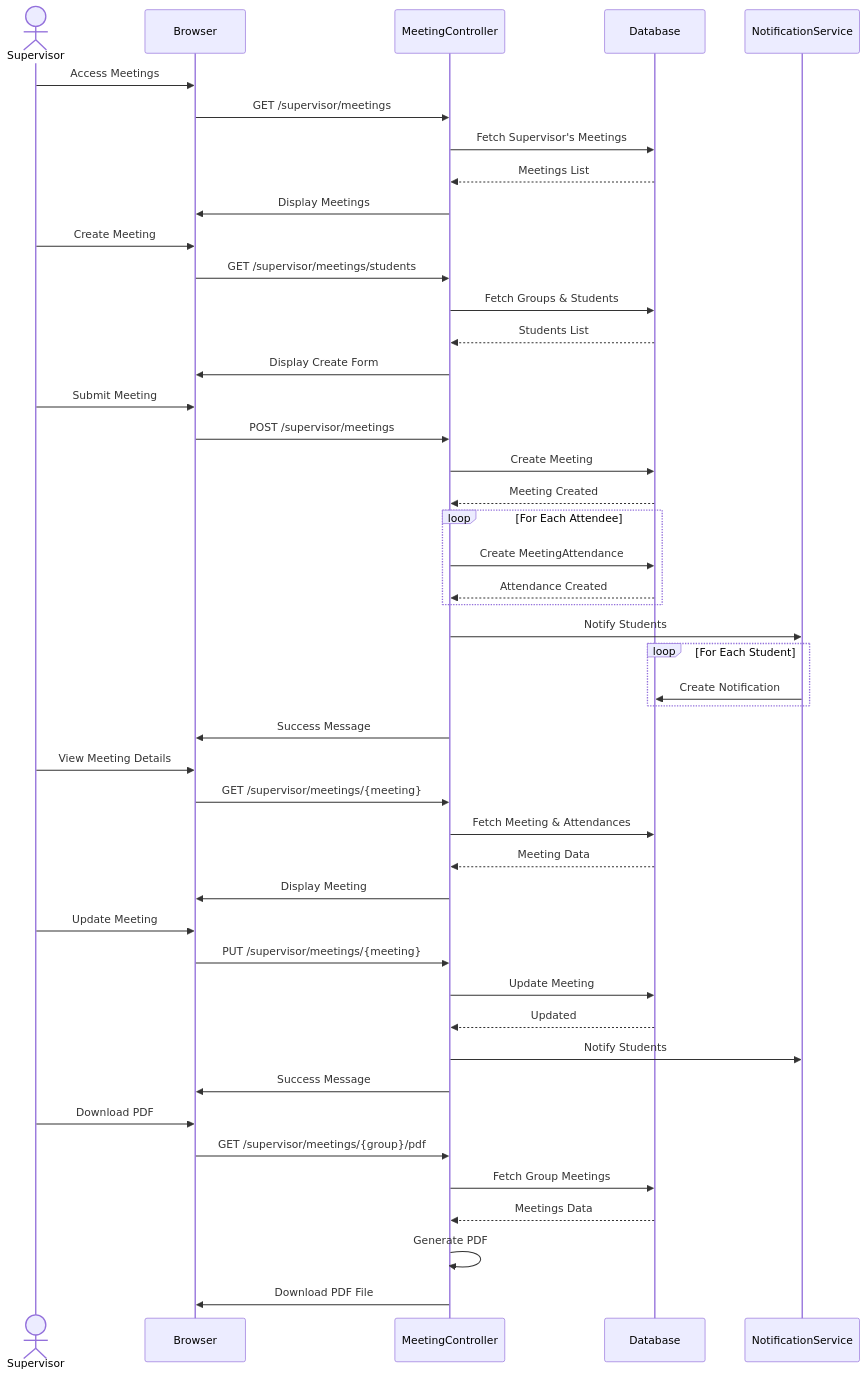
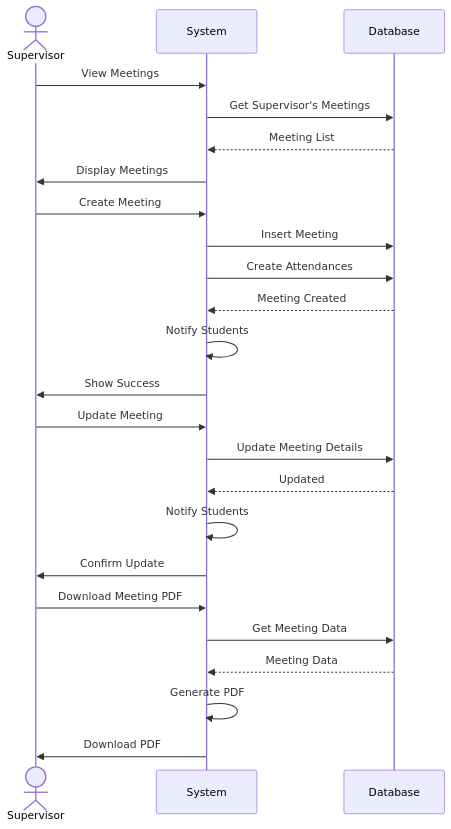
One commit to abdullah2323442/thesisrepo-backup changed diagram 11 of 19 in documentation/sequence-diagrams.md. Above: the diagram before and after it, drawn with Mermaid. The commit also changed other lines of this file, not shown here.

````diff
--- a/documentation/sequence-diagrams.md
+++ b/documentation/sequence-diagrams.md
@@ -527,57 +329,30 @@
 ```mermaid
 sequenceDiagram
     actor Supervisor
-    participant Browser
-    participant MeetingController
+    participant System
     participant Database
-    participant NotificationService
 
-    Supervisor->>Browser: Access Meetings
-    Browser->>MeetingController: GET /supervisor/meetings
-    MeetingController->>Database: Fetch Supervisor's Meetings
-    Database-->>MeetingController: Meetings List
-    MeetingController->>Browser: Display Meetings
+    Supervisor->>System: View Meetings
+    System->>Database: Get Supervisor's Meetings
+    Database-->>System: Meeting List
+    System->>Supervisor: Display Meetings
     
-    Supervisor->>Browser: Create Meeting
-    Browser->>MeetingController: GET /supervisor/meetings/students
-    MeetingController->>Database: Fetch Groups & Students
-    Database-->>MeetingController: Students List
-    MeetingController->>Browser: Display Create Form
+    Supervisor->>System: Create Meeting
+    System->>Database: Insert Meeting
+    System->>Database: Create Attendances
+    Database-->>System: Meeting Created
+    System->>System: Notify Students
+    System->>Supervisor: Show Success
     
-    Supervisor->>Browser: Submit Meeting
-    Browser->>MeetingController: POST /supervisor/meetings
-    MeetingController->>Database: Create Meeting
-    Database-->>MeetingController: Meeting Created
+    Supervisor->>System: Update Meeting
+    System->>Database: Update Meeting Details
+    Database-->>System: Updated
+    System->>System: Notify Students
+    System->>Supervisor: Confirm Update
     
-    loop For Each Attendee
-        MeetingController->>Database: Create MeetingAttendance
-        Database-->>MeetingController: Attendance Created
-    end
-    
-    MeetingController->>NotificationService: Notify Students
-    loop For Each Student
-        NotificationService->>Database: Create Notification
-    end
-    
-    MeetingController->>Browser: Success Message
-    
-    Supervisor->>Browser: View Meeting Details
-    Browser->>MeetingController: GET /supervisor/meetings/{meeting}
-    MeetingController->>Database: Fetch Meeting & Attendances
-    Database-->>MeetingController: Meeting Data
-    MeetingController->>Browser: Display Meeting
-    
-    Supervisor->>Browser: Update Meeting
-    Browser->>MeetingController: PUT /supervisor/meetings/{meeting}
-    MeetingController->>Database: Update Meeting
-    Database-->>MeetingController: Updated
-    MeetingController->>NotificationService: Notify Students
-    MeetingController->>Browser: Success Message
-    
-    Supervisor->>Browser: Download PDF
-    Browser->>MeetingController: GET /supervisor/meetings/{group}/pdf
-    MeetingController->>Database: Fetch Group Meetings
-    Database-->>MeetingController: Meetings Data
-    MeetingController->>MeetingController: Generate PDF
-    MeetingController->>Browser: Download PDF File
+    Supervisor->>System: Download Meeting PDF
+    System->>Database: Get Meeting Data
+    Database-->>System: Meeting Data
+    System->>System: Generate PDF
+    System->>Supervisor: Download PDF
 ```
````
